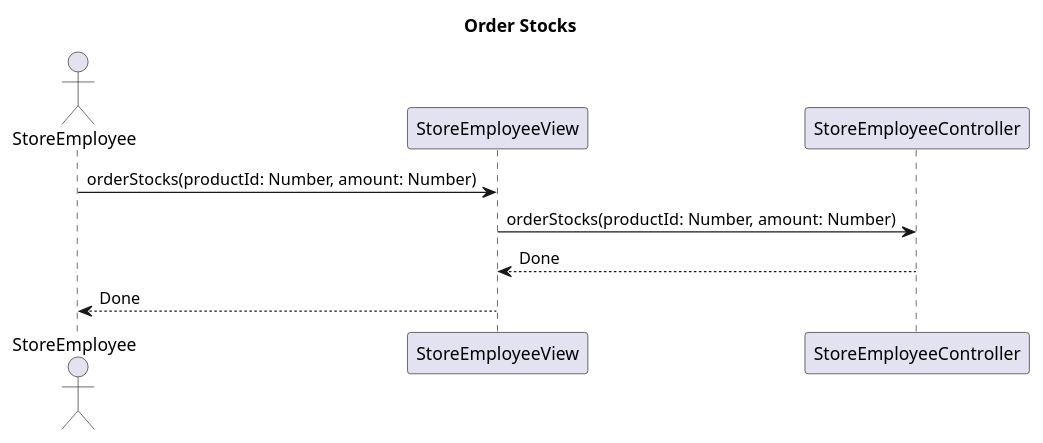
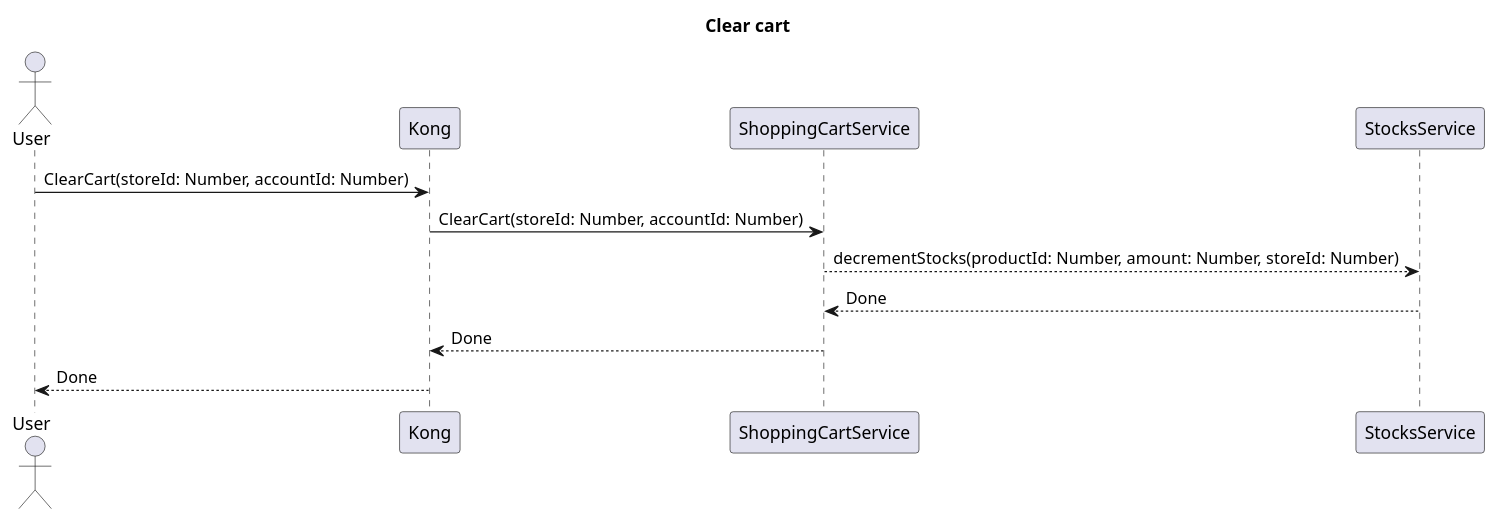
Diagram 15 of 20 in docs/rapport.md (ThePhobosDeimosSuite/laboratoire-0_log430), drawn with PlantUML before and after one commit. The commit also changed other lines of this file and 21 other files, not shown here.

```diff
--- a/docs/rapport.md
+++ b/docs/rapport.md
@@ -269,9 +555,11 @@
-@startuml order-stocks
-title Order Stocks
-actor StoreEmployee
+@startuml clear-cart
+title Clear cart
+actor User
 
-StoreEmployee -> StoreEmployeeView : orderStocks(productId: Number, amount: Number)
-StoreEmployeeView -> StoreEmployeeController : orderStocks(productId: Number, amount: Number)
-StoreEmployeeController --> StoreEmployeeView : Done
-StoreEmployeeView --> StoreEmployee : Done
+User -> Kong : ClearCart(storeId: Number, accountId: Number)
+Kong -> ShoppingCartService : ClearCart(storeId: Number, accountId: Number)
+ShoppingCartService --> StocksService : decrementStocks(productId: Number, amount: Number, storeId: Number)
+StocksService --> ShoppingCartService : Done
+ShoppingCartService --> Kong : Done
+Kong --> User : Done
 @enduml
```
